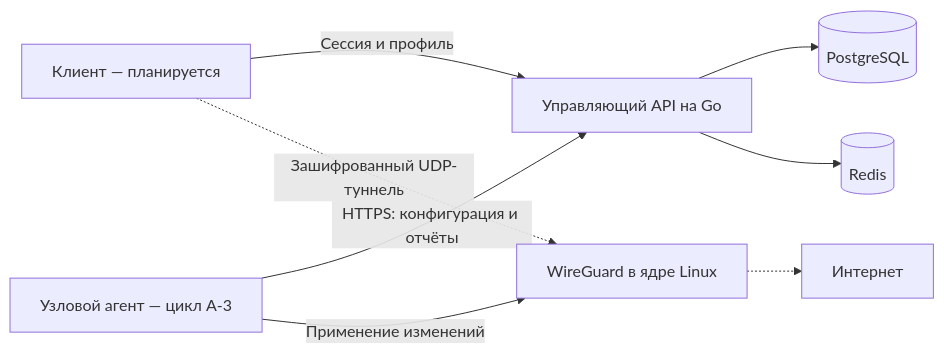
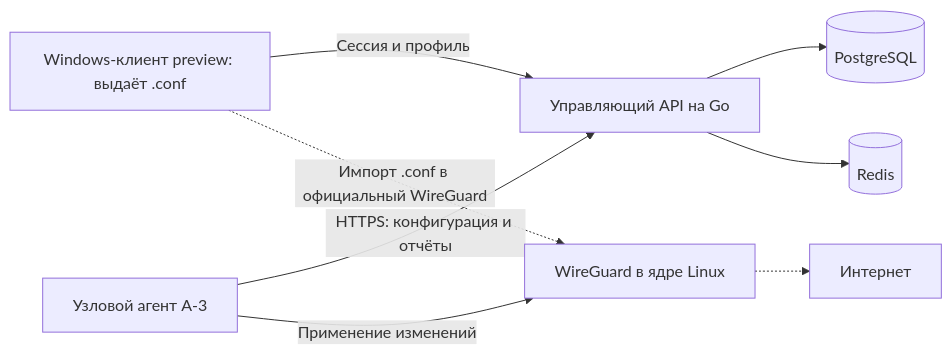
Before and after one commit to zanzibara82/nova-vpn: the diagram in README.md, drawn with Mermaid. The commit also changed other lines of this file and 11 other files, not shown here.

Commit message:
docs(e1): клиент preview — ADR-0010, страница инструкции, кадры и статус проверок

````diff
--- a/README.md
+++ b/README.md
@@ -49,10 +58,10 @@
 ```mermaid
 flowchart LR
-    C[Клиент — планируется] -->|Сессия и профиль| API[Управляющий API на Go]
+    C[Windows-клиент preview: выдаёт .conf] -->|Сессия и профиль| API[Управляющий API на Go]
     API --> DB[(PostgreSQL)]
     API --> R[(Redis)]
-    N[Узловой агент — цикл A-3] -->|HTTPS: конфигурация и отчёты| API
+    N[Узловой агент A-3] -->|HTTPS: конфигурация и отчёты| API
     N -->|Применение изменений| WG[WireGuard в ядре Linux]
-    C -.->|Зашифрованный UDP-туннель| WG
+    C -.->|Импорт .conf в официальный WireGuard| WG
     WG -.-> NET[Интернет]
 ```
````
